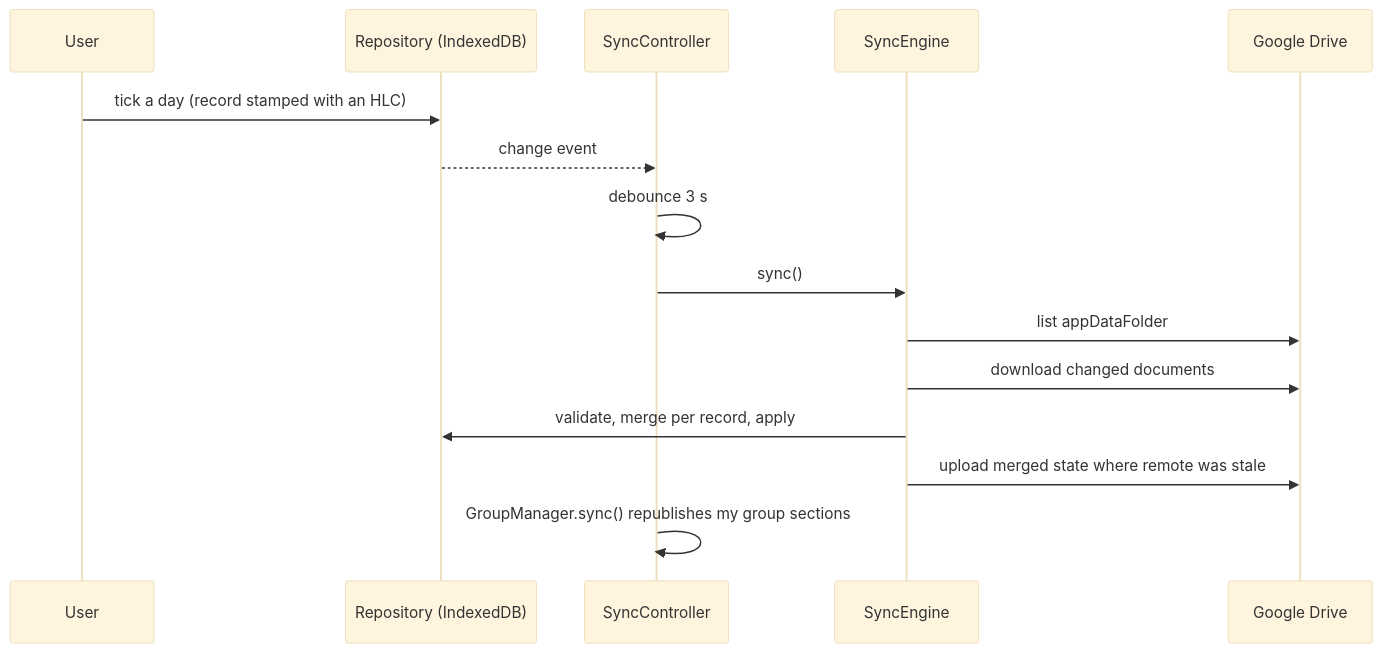
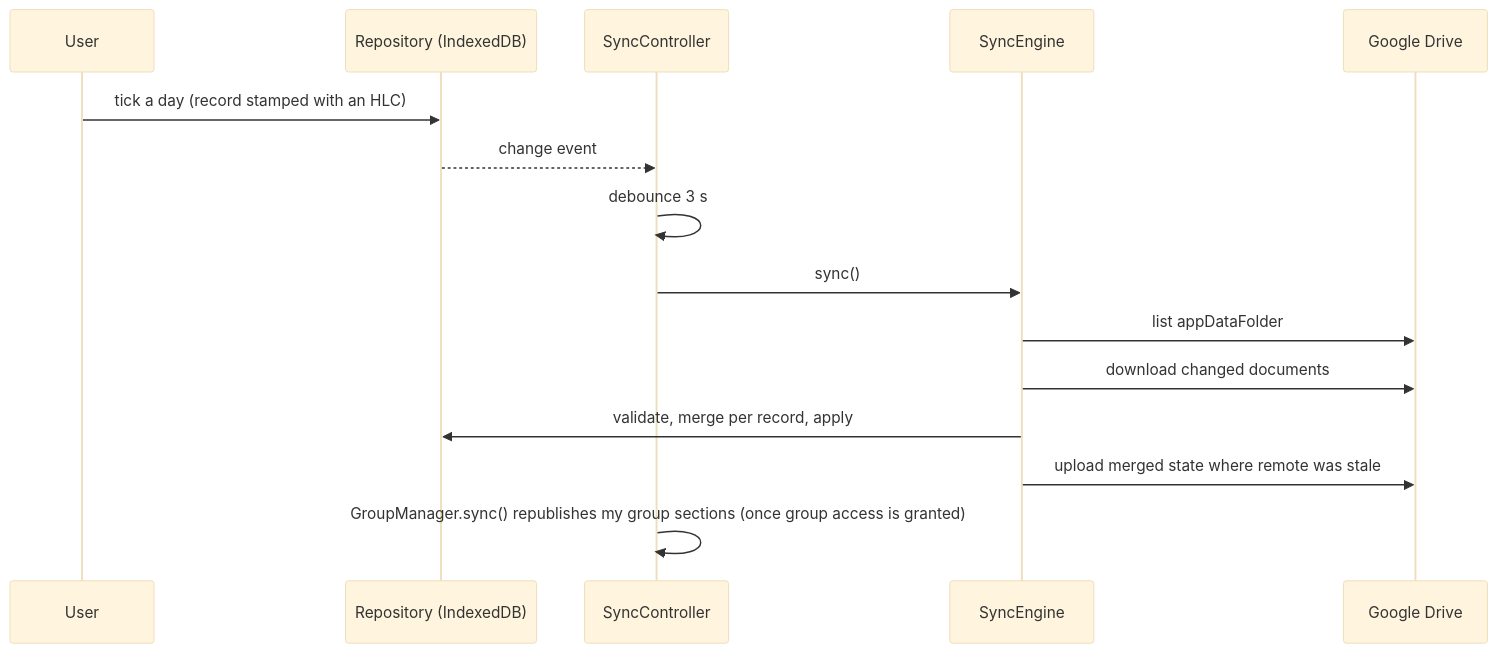
One commit to joka-7/AzKavanu changed the second of 2 diagrams in docs/HLD.md. Above: the diagram before and after it, drawn with Mermaid (base theme). The commit also changed other lines of this file and 8 other files, not shown here.

First line of the commit message:
feat(web): ask for group-file access only when groups are opened

````diff
--- a/docs/HLD.md
+++ b/docs/HLD.md
@@ -64,17 +64,17 @@
 ```mermaid
 sequenceDiagram
   participant U as User
   participant R as Repository (IndexedDB)
   participant C as SyncController
   participant E as SyncEngine
   participant D as Google Drive
   U->>R: tick a day (record stamped with an HLC)
   R-->>C: change event
   C->>C: debounce 3 s
   C->>E: sync()
   E->>D: list appDataFolder
   E->>D: download changed documents
   E->>R: validate, merge per record, apply
   E->>D: upload merged state where remote was stale
-  C->>C: GroupManager.sync() republishes my group sections
+  C->>C: GroupManager.sync() republishes my group sections (once group access is granted)
 ```
````
